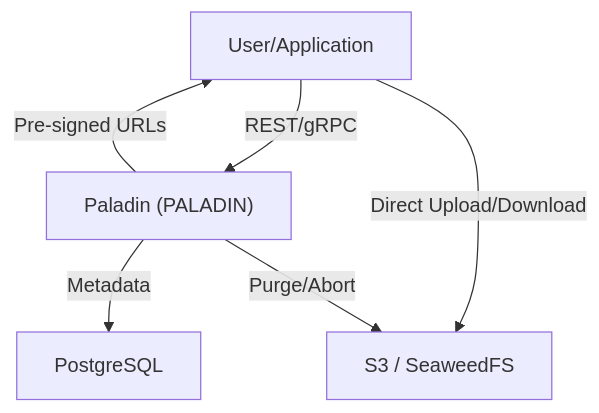
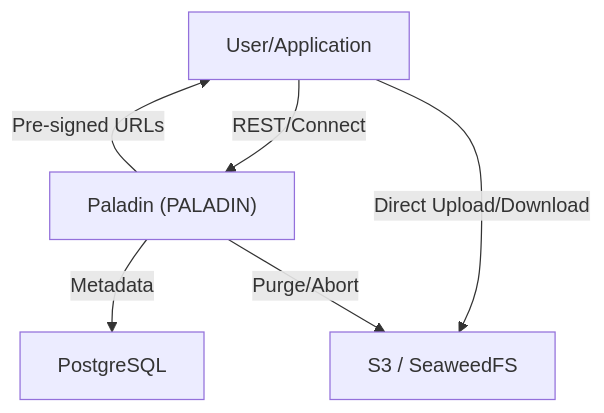
The first of 4 diagrams in docs/diagrams.md (oleg-tkachuk/paladin), drawn with Mermaid before and after one commit. The commit also changed 160 other files, not shown here.

First line of the commit message:
refactor: complete removal of gRPC support in favor of Connect RPC

````diff
--- a/docs/diagrams.md
+++ b/docs/diagrams.md
@@ -5,8 +5,8 @@
 ```mermaid
 graph TD
-    User["User/Application"] -- "REST/gRPC" --> PALADIN["Paladin (PALADIN)"]
+    User["User/Application"] -- "REST/Connect" --> PALADIN["Paladin (PALADIN)"]
     PALADIN -- "Metadata" --> DB["PostgreSQL"]
     PALADIN -- "Pre-signed URLs" --> User
     User -- "Direct Upload/Download" --> S3["S3 / SeaweedFS"]
     PALADIN -- "Purge/Abort" --> S3
 ```
````
